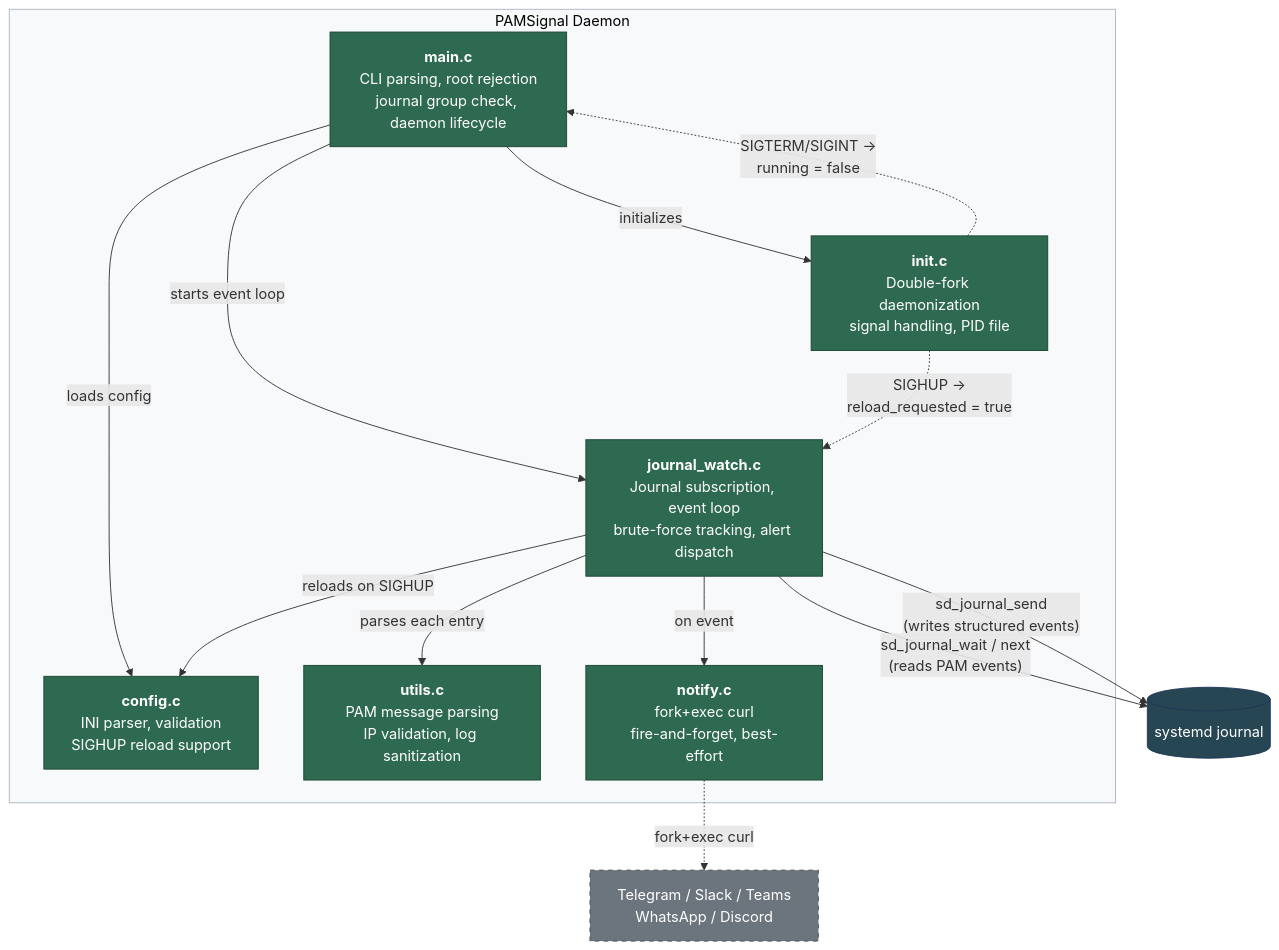
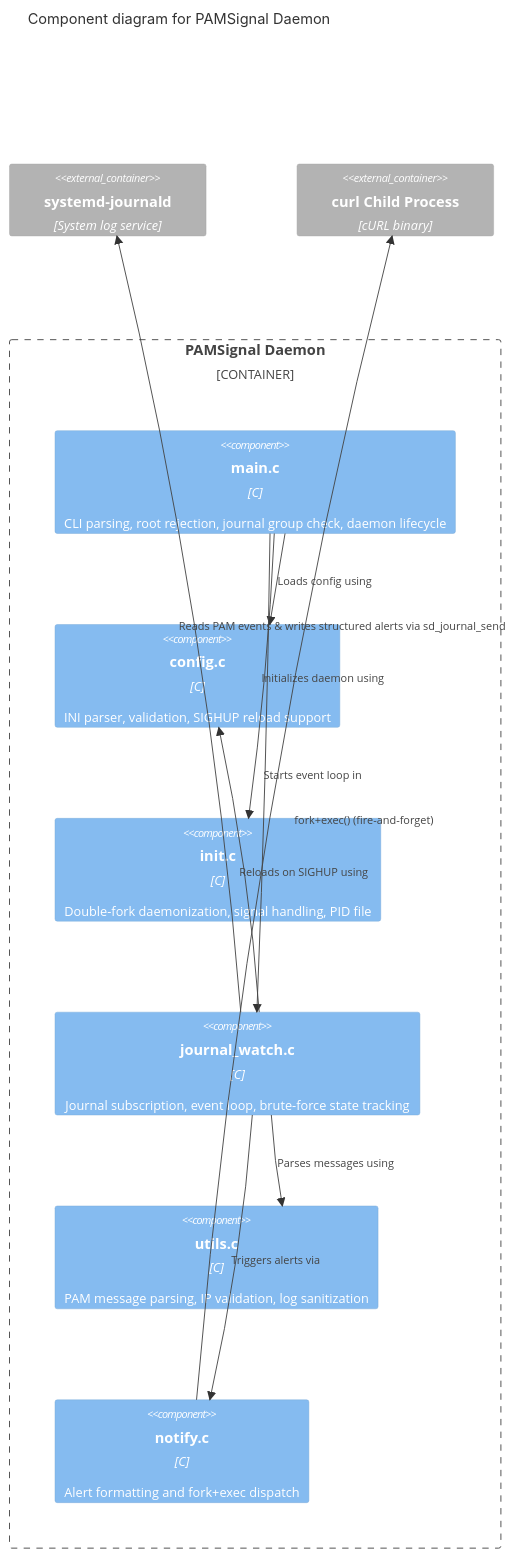
Before and after one commit to anhtuank7c/pamsignal: the third of 4 diagrams in docs/architecture.md, drawn with Mermaid. The commit also changed other lines of this file and 8 other files, not shown here.

Commit message:
docs: overhaul README, migrate architecture to Mermaid C4 syntax, add Fail2ban integration, and improve docker test script

````diff
--- a/docs/architecture.md
+++ b/docs/architecture.md
@@ -77,36 +73,26 @@
 ```mermaid
-graph TB
-    journald[("systemd journal")]
-    platforms["Telegram / Slack / Teams<br/>WhatsApp / Discord"]
+C4Component
+  title Component diagram for PAMSignal Daemon
+  
+  Container_Ext(journald, "systemd-journald", "System log service")
+  Container_Ext(curl, "curl Child Process", "cURL binary")
 
-    subgraph daemon ["PAMSignal Daemon"]
-        main["<b>main.c</b><br/>CLI parsing, root rejection<br/>journal group check, daemon lifecycle"]
-        config["<b>config.c</b><br/>INI parser, validation<br/>SIGHUP reload support"]
-        init["<b>init.c</b><br/>Double-fork daemonization<br/>signal handling, PID file"]
-        jw["<b>journal_watch.c</b><br/>Journal subscription, event loop<br/>brute-force tracking, alert dispatch"]
-        utils["<b>utils.c</b><br/>PAM message parsing<br/>IP validation, log sanitization"]
-        notify["<b>notify.c</b><br/>fork+exec curl<br/>fire-and-forget, best-effort"]
-    end
+  Container_Boundary(daemon, "PAMSignal Daemon") {
+      Component(main, "main.c", "C", "CLI parsing, root rejection, journal group check, daemon lifecycle")
+      Component(config, "config.c", "C", "INI parser, validation, SIGHUP reload support")
+      Component(init, "init.c", "C", "Double-fork daemonization, signal handling, PID file")
+      Component(jw, "journal_watch.c", "C", "Journal subscription, event loop, brute-force state tracking")
+      Component(utils, "utils.c", "C", "PAM message parsing, IP validation, log sanitization")
+      Component(notify, "notify.c", "C", "Alert formatting and fork+exec dispatch")
+  }
 
-    main -- "loads config" --> config
-    main -- "initializes" --> init
-    main -- "starts event loop" --> jw
-    jw -- "parses each entry" --> utils
-    jw -- "reloads on SIGHUP" --> config
-    jw -- "sd_journal_wait / next<br/>(reads PAM events)" --> journald
-    jw -- "sd_journal_send<br/>(writes structured events)" --> journald
-    jw -- "on event" --> notify
-    notify -. "fork+exec curl" .-> platforms
-    init -. "SIGTERM/SIGINT →<br/>running = false" .-> main
-    init -. "SIGHUP →<br/>reload_requested = true" .-> jw
-
-    style main fill:#2d6a4f,stroke:#1b4332,color:#fff
-    style config fill:#2d6a4f,stroke:#1b4332,color:#fff
-    style init fill:#2d6a4f,stroke:#1b4332,color:#fff
-    style jw fill:#2d6a4f,stroke:#1b4332,color:#fff
-    style utils fill:#2d6a4f,stroke:#1b4332,color:#fff
-    style notify fill:#2d6a4f,stroke:#1b4332,color:#fff
-    style journald fill:#264653,stroke:#1d3557,color:#fff
-    style platforms fill:#6c757d,stroke:#495057,color:#fff,stroke-dasharray: 5 5
-    style daemon fill:#f8f9fa,stroke:#adb5bd,color:#000
+  Rel(main, config, "Loads config using")
+  Rel(main, init, "Initializes daemon using")
+  Rel(main, jw, "Starts event loop in")
+  Rel(jw, utils, "Parses messages using")
+  Rel(jw, config, "Reloads on SIGHUP using")
+  
+  Rel(jw, journald, "Reads PAM events & writes structured alerts via sd_journal_send")
+  Rel(jw, notify, "Triggers alerts via")
+  Rel(notify, curl, "fork+exec() (fire-and-forget)")
 ```
````
